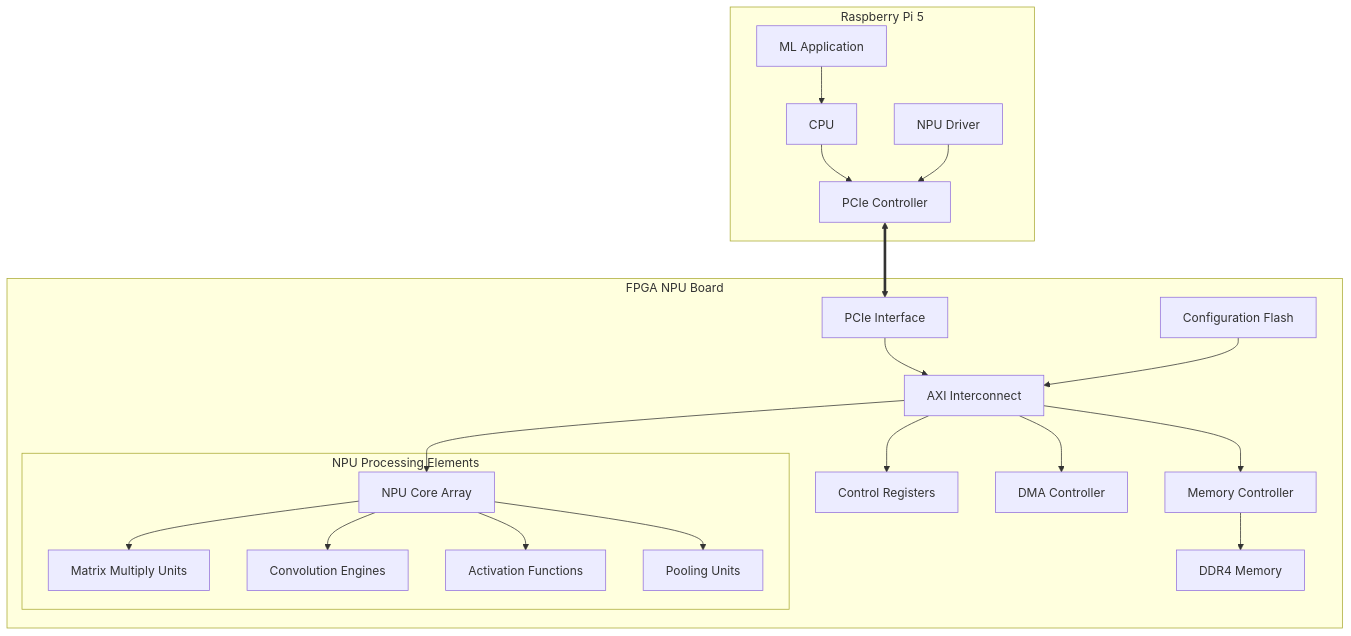
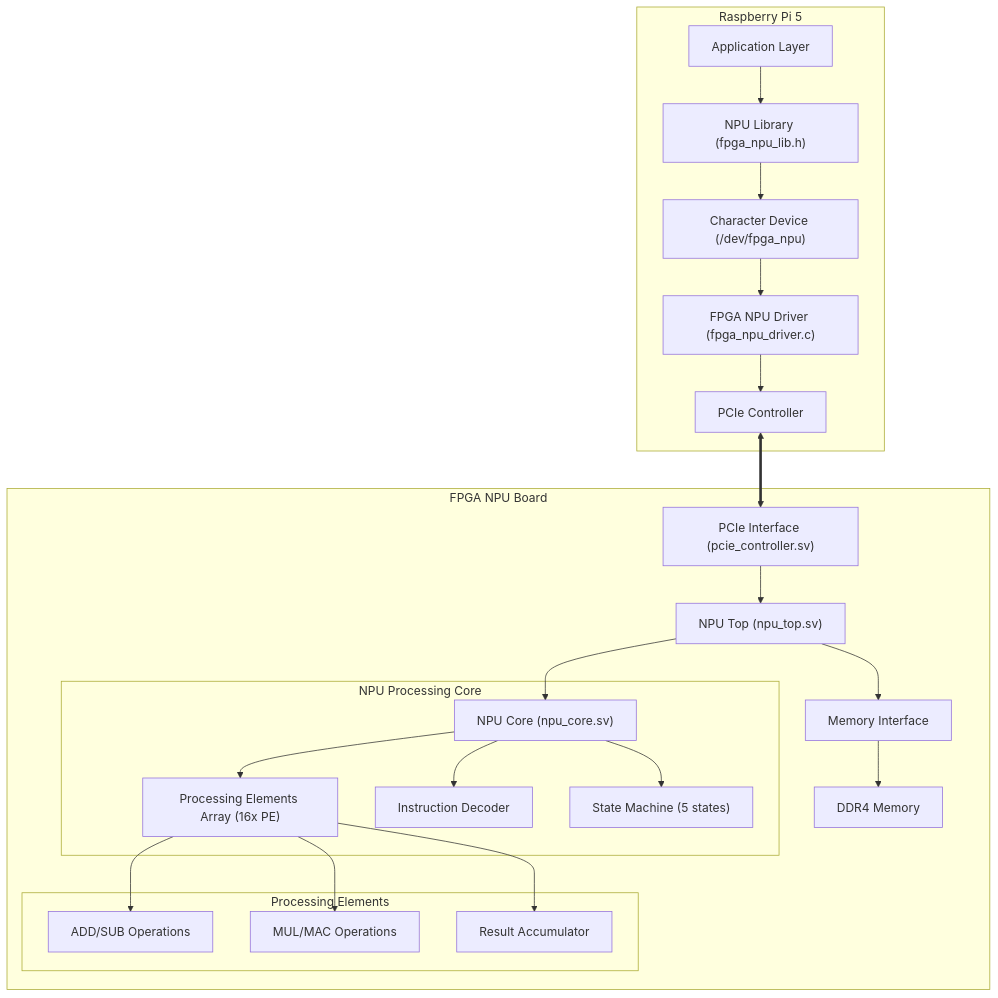
The first of 3 diagrams in .qoder/quests/fpga-npu-pcie-interface.md (naqibannur/fpga-npu-pcie), drawn with Mermaid before and after one commit. The commit also changed other lines of this file, not shown here.

````diff
--- a/.qoder/quests/fpga-npu-pcie-interface.md
+++ b/.qoder/quests/fpga-npu-pcie-interface.md
@@ -25,28 +34,31 @@
 ```mermaid
 graph TB
     subgraph "Raspberry Pi 5"
-        A[CPU] --> B[PCIe Controller]
-        C[ML Application] --> A
-        D[NPU Driver] --> B
+        A["Application Layer"] --> B["NPU Library (fpga_npu_lib.h)"]
+        B --> C["Character Device (/dev/fpga_npu)"]
+        C --> D["FPGA NPU Driver (fpga_npu_driver.c)"]
+        D --> E["PCIe Controller"]
     end
     
     subgraph "FPGA NPU Board"
-        E[PCIe Interface] --> F[AXI Interconnect]
-        F --> G[Control Registers]
-        F --> H[DMA Controller]
-        F --> I[NPU Core Array]
-        F --> J[Memory Controller]
+        F["PCIe Interface (pcie_controller.sv)"] --> G["NPU Top (npu_top.sv)"]
+        G --> H["NPU Core (npu_core.sv)"]
+        G --> I["Memory Interface"]
         
-        subgraph "NPU Processing Elements"
-            I --> K[Matrix Multiply Units]
-            I --> L[Convolution Engines]
-            I --> M[Activation Functions]
-            I --> N[Pooling Units]
+        subgraph "NPU Processing Core"
+            H --> J["Processing Elements Array (16x PE)"]
+            H --> K["Instruction Decoder"]
+            H --> L["State Machine (5 states)"]
         end
         
-        J --> O[DDR4 Memory]
-        P[Configuration Flash] --> F
+        subgraph "Processing Elements"
+            J --> M["ADD/SUB Operations"]
+            J --> N["MUL/MAC Operations"]
+            J --> O["Result Accumulator"]
+        end
+        
+        I --> P["DDR4 Memory"]
     end
     
-    B <==> E
+    E <==> F
 ```
````
